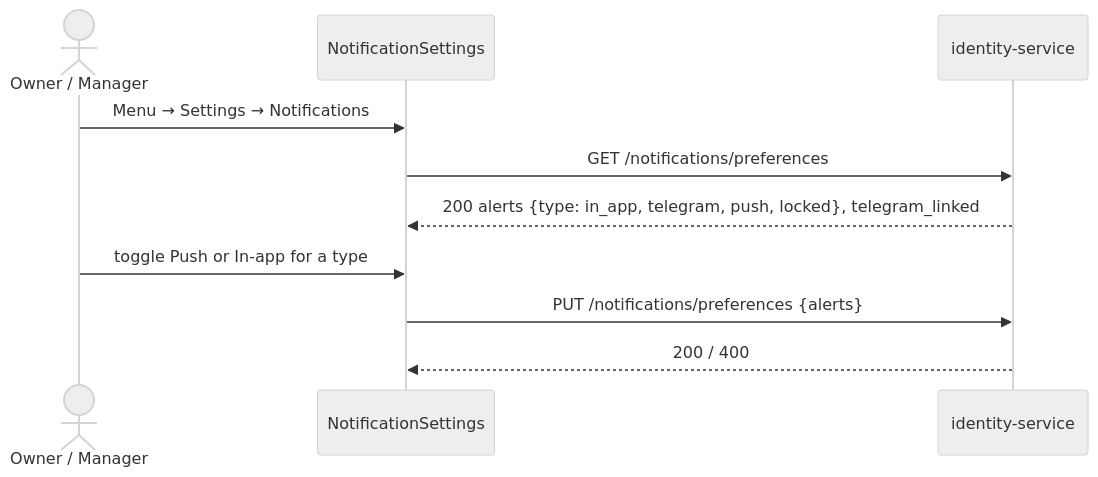
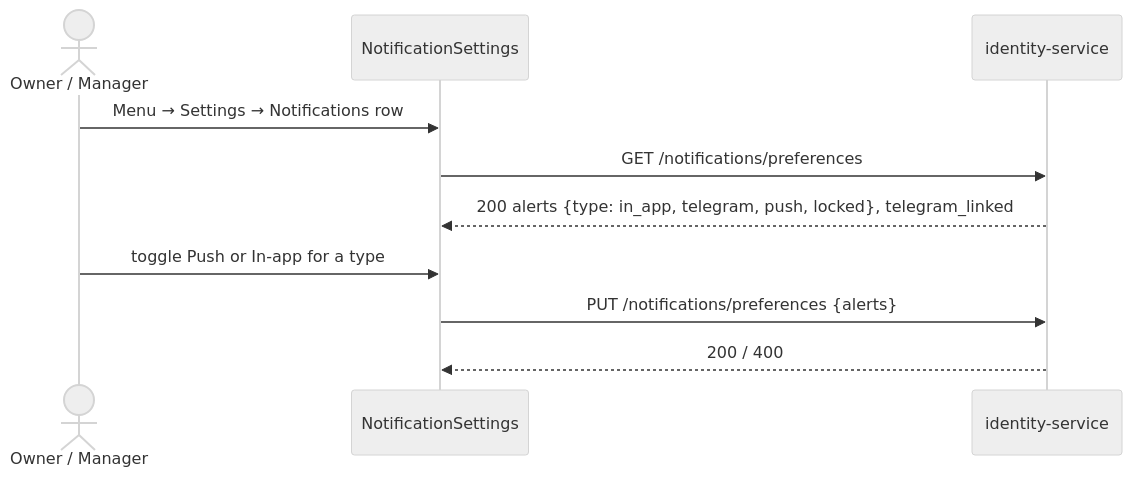
One commit to GorosXD/camfinsight-docs changed the third of 5 diagrams in specs/notification-mobile/spec.md. Above: the diagram before and after it, drawn with Mermaid (neutral theme). The commit also changed other lines of this file and 4 other files, not shown here.

````diff
--- a/specs/notification-mobile/spec.md
+++ b/specs/notification-mobile/spec.md
@@ -122,12 +135,12 @@
 ```mermaid
 sequenceDiagram
     actor U as Owner / Manager
     participant S as NotificationSettings
     participant I as identity-service
-    U->>S: Menu → Settings → Notifications
+    U->>S: Menu → Settings → Notifications row
     S->>I: GET /notifications/preferences
     I-->>S: 200 alerts {type: in_app, telegram, push, locked}, telegram_linked
     U->>S: toggle Push or In-app for a type
     S->>I: PUT /notifications/preferences {alerts}
     I-->>S: 200 / 400
 ```
````
